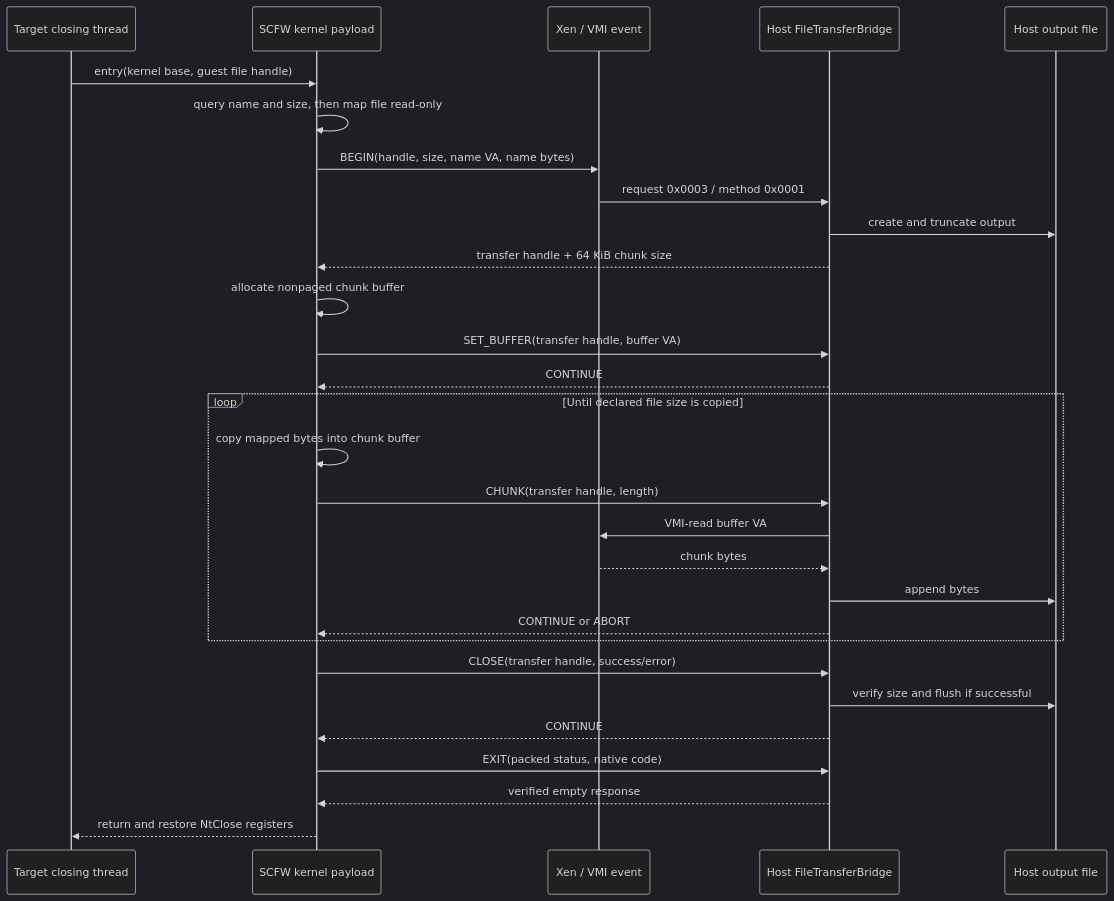
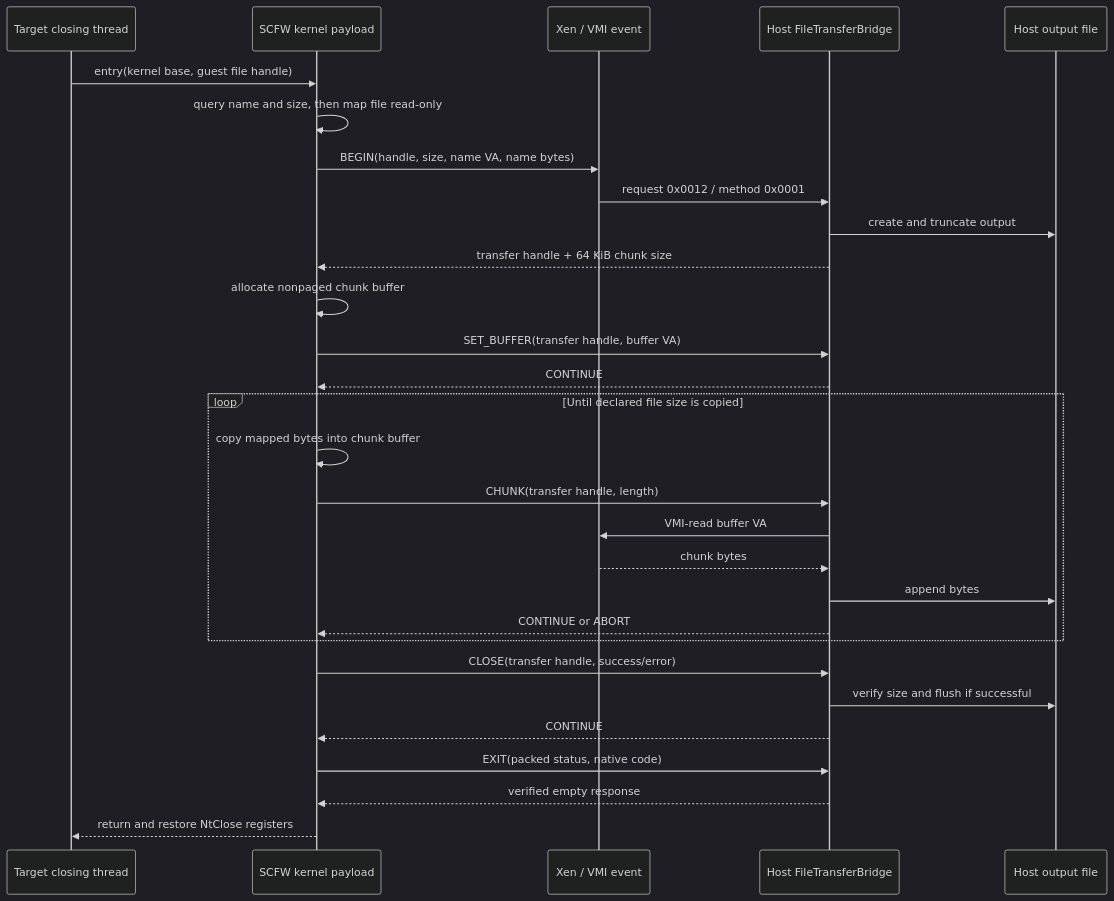
One commit to vmi-rs/vmi changed the third of 3 diagrams in examples/windows-bridge/file_transfer/README.md. Above: the diagram before and after it, drawn with Mermaid (dark theme). The commit also changed other lines of this file and 19 other files, not shown here.

````diff
--- a/examples/windows-bridge/file_transfer/README.md
+++ b/examples/windows-bridge/file_transfer/README.md
@@ -103,32 +103,32 @@
 ```mermaid
 sequenceDiagram
     participant T as Target closing thread
     participant S as SCFW kernel payload
     participant X as Xen / VMI event
     participant B as Host FileTransferBridge
     participant F as Host output file
 
     T->>S: entry(kernel base, guest file handle)
     S->>S: query name and size, then map file read-only
     S->>X: BEGIN(handle, size, name VA, name bytes)
-    X->>B: request 0x0003 / method 0x0001
+    X->>B: request 0x0012 / method 0x0001
     B->>F: create and truncate output
     B-->>S: transfer handle + 64 KiB chunk size
     S->>S: allocate nonpaged chunk buffer
     S->>B: SET_BUFFER(transfer handle, buffer VA)
     B-->>S: CONTINUE
     loop Until declared file size is copied
         S->>S: copy mapped bytes into chunk buffer
         S->>B: CHUNK(transfer handle, length)
         B->>X: VMI-read buffer VA
         X-->>B: chunk bytes
         B->>F: append bytes
         B-->>S: CONTINUE or ABORT
     end
     S->>B: CLOSE(transfer handle, success/error)
     B->>F: verify size and flush if successful
     B-->>S: CONTINUE
     S->>B: EXIT(packed status, native code)
     B-->>S: verified empty response
     S-->>T: return and restore NtClose registers
 ```
````
